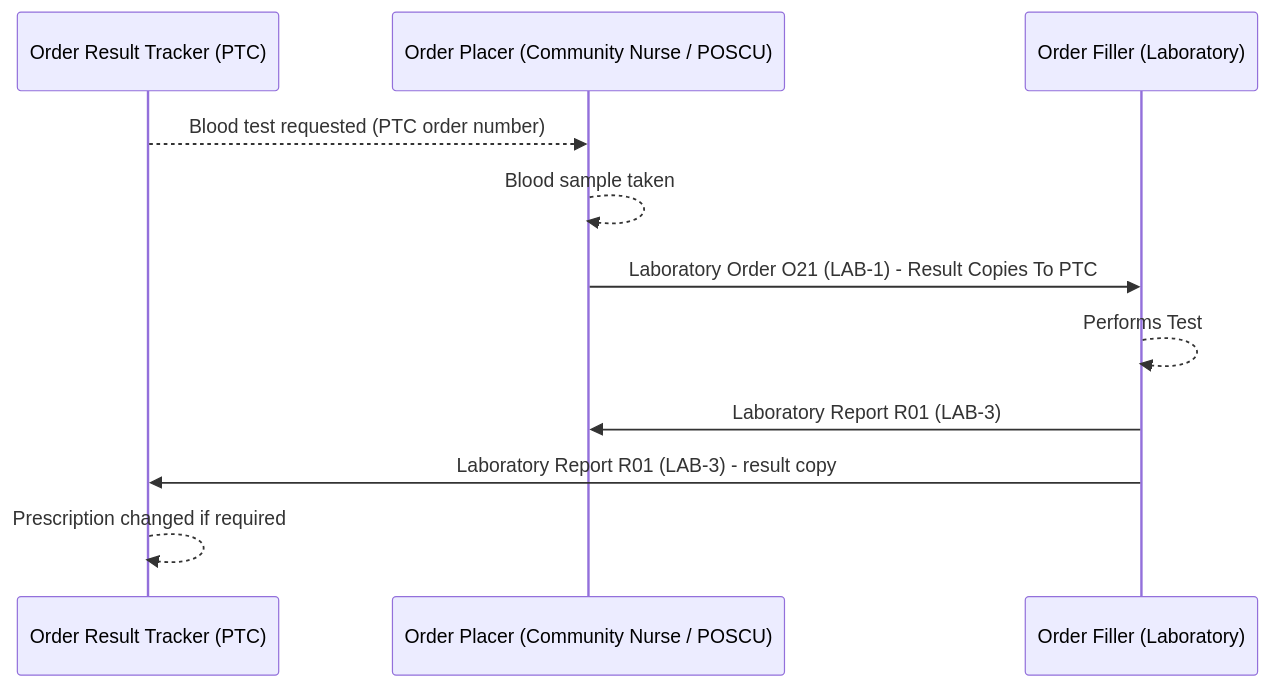
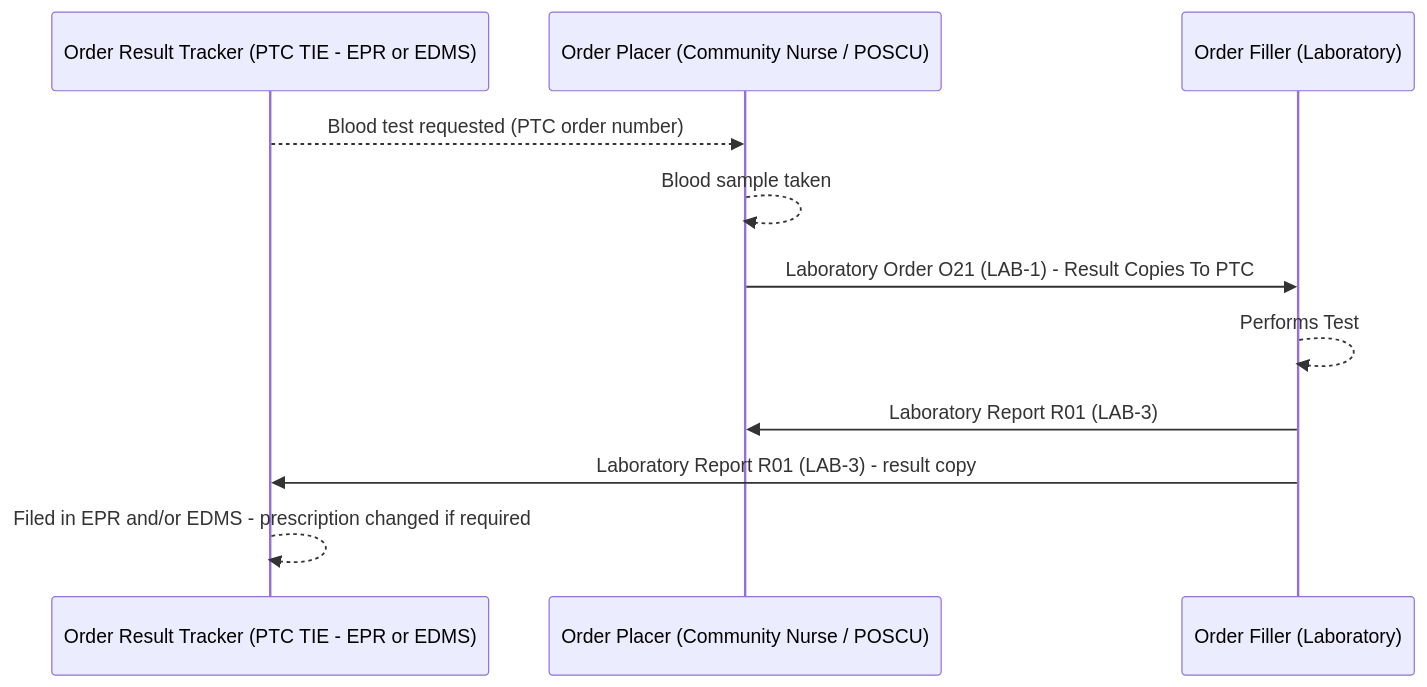
One commit to KevinMayfield/CancerPathologyReport changed the third of 4 diagrams in input/pagecontent/ChildrensCancerSharedCare.md. Above: the diagram before and after it, drawn with Mermaid. The commit also changed other lines of this file and 1 other file, not shown here.

````diff
--- a/input/pagecontent/ChildrensCancerSharedCare.md
+++ b/input/pagecontent/ChildrensCancerSharedCare.md
@@ -151,15 +158,15 @@
 ```mermaid
 sequenceDiagram
 
-participant PTC as Order Result Tracker (PTC)
+participant PTC as Order Result Tracker (PTC TIE - EPR or EDMS)
 participant POSCU as Order Placer (Community Nurse / POSCU)
 participant LIMS as Order Filler (Laboratory)
 
 PTC -->> POSCU: Blood test requested (PTC order number)
 POSCU -->> POSCU: Blood sample taken
 POSCU ->> LIMS: Laboratory Order O21 (LAB-1) - Result Copies To PTC
 LIMS -->> LIMS: Performs Test
 LIMS ->> POSCU: Laboratory Report R01 (LAB-3)
 LIMS ->> PTC: Laboratory Report R01 (LAB-3) - result copy
-PTC -->> PTC: Prescription changed if required
+PTC -->> PTC: Filed in EPR and/or EDMS - prescription changed if required
 ```
````
